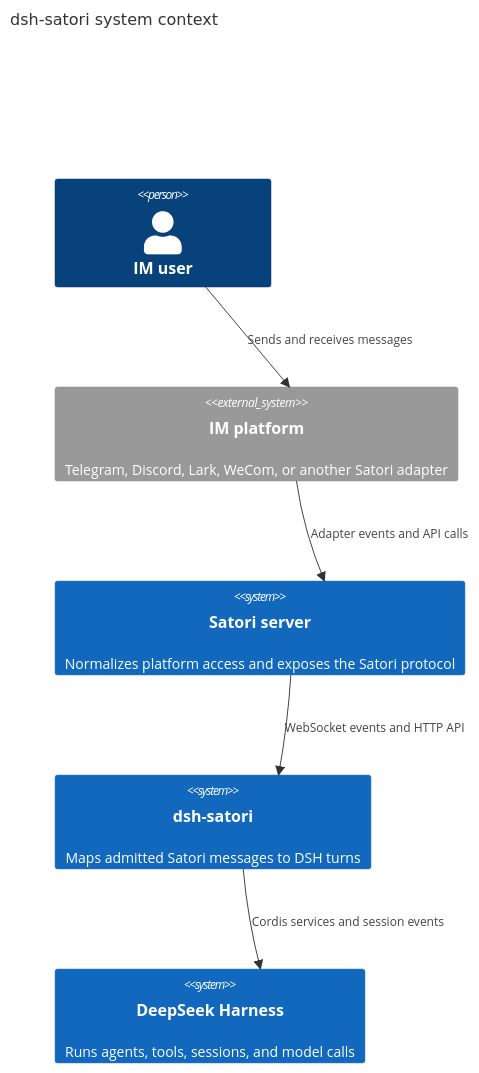
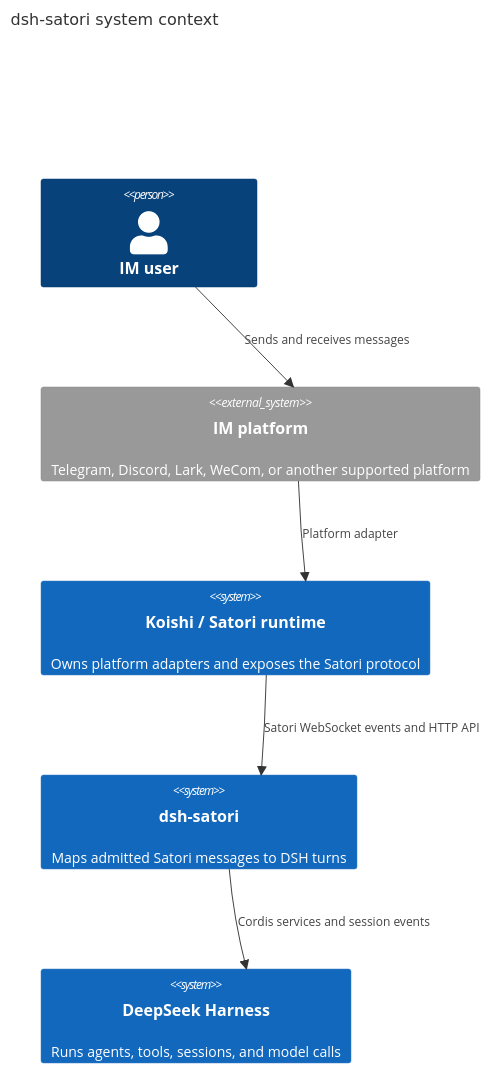
Before and after one commit to Ri0n72Y/dsh-satori: the first of 2 diagrams in docs/architecture.md, drawn with Mermaid. The commit also changed other lines of this file and 4 other files, not shown here.

Commit message:
docs: clarify Koishi Satori setup and test status

````diff
--- a/docs/architecture.md
+++ b/docs/architecture.md
@@ -5,15 +5,15 @@
 ```mermaid
 C4Context
     title dsh-satori system context
 
     Person(user, "IM user")
-    System_Ext(platform, "IM platform", "Telegram, Discord, Lark, WeCom, or another Satori adapter")
-    System(satori, "Satori server", "Normalizes platform access and exposes the Satori protocol")
+    System_Ext(platform, "IM platform", "Telegram, Discord, Lark, WeCom, or another supported platform")
+    System(satori, "Koishi / Satori runtime", "Owns platform adapters and exposes the Satori protocol")
     System(dshSatori, "dsh-satori", "Maps admitted Satori messages to DSH turns")
     System(dsh, "DeepSeek Harness", "Runs agents, tools, sessions, and model calls")
 
     Rel(user, platform, "Sends and receives messages")
-    Rel(platform, satori, "Adapter events and API calls")
-    Rel(satori, dshSatori, "WebSocket events and HTTP API")
+    Rel(platform, satori, "Platform adapter")
+    Rel(satori, dshSatori, "Satori WebSocket events and HTTP API")
     Rel(dshSatori, dsh, "Cordis services and session events")
 ```
````
